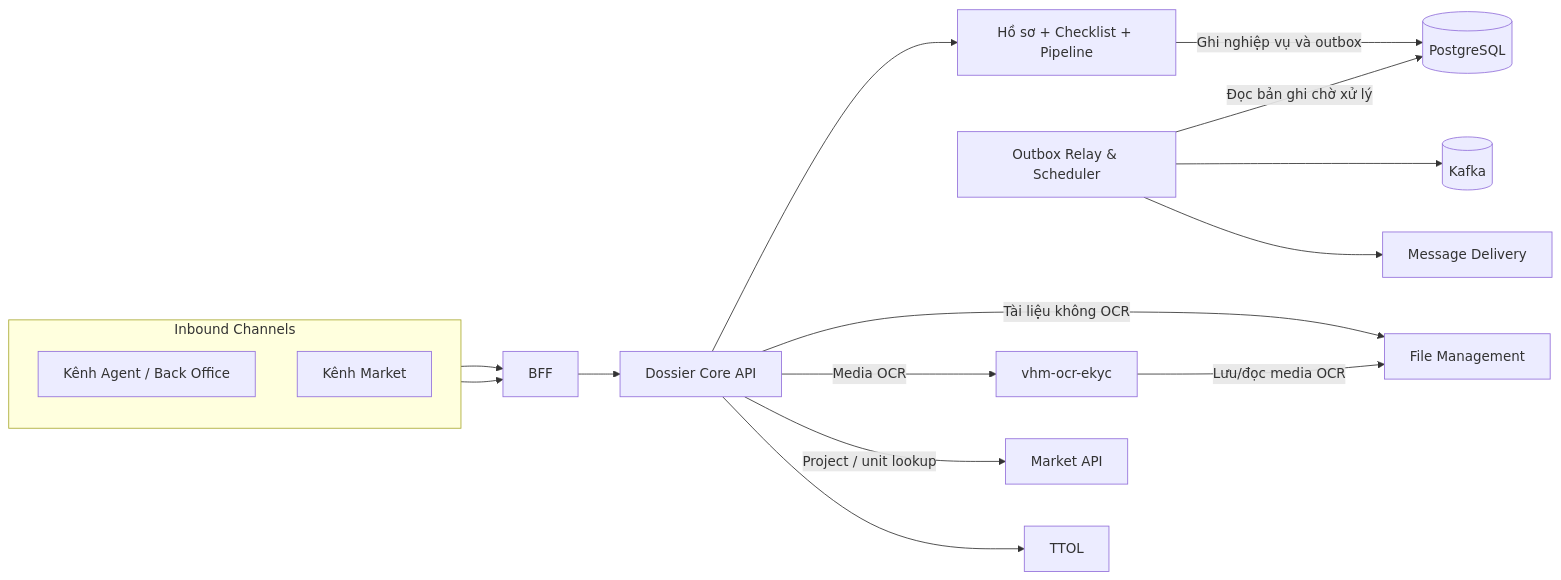
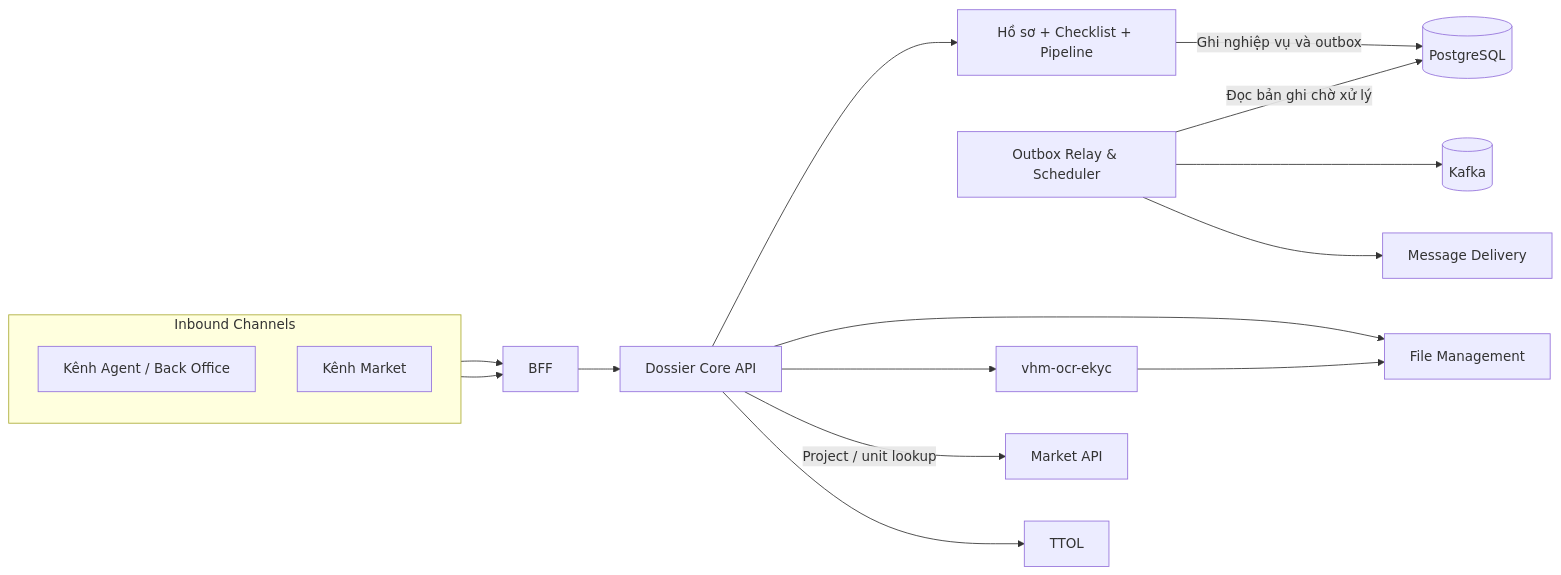
The second of 8 diagrams in tdd-dossier.md (huynv-xyz/vhm), drawn with Mermaid before and after one commit. The commit also changed other lines of this file, not shown here.

````diff
--- a/tdd-dossier.md
+++ b/tdd-dossier.md
@@ -205,21 +207,21 @@
 ```mermaid
 flowchart LR
     subgraph Channels[Inbound Channels]
         direction TB
         AgentChannel[Kênh Agent / Back Office]
         MarketChannel[Kênh Market]
     end
     AgentChannel --> BFF[BFF]
     MarketChannel --> BFF
     BFF --> API[Dossier Core API]
     API --> Domain[Hồ sơ + Checklist + Pipeline]
     Domain -->|Ghi nghiệp vụ và outbox| DB[(PostgreSQL)]
     Relay[Outbox Relay & Scheduler] -->|Đọc bản ghi chờ xử lý| DB
     Relay --> Kafka[(Kafka)]
     Relay --> Message[Message Delivery]
-    API -->|Tài liệu không OCR| File[File Management]
-    API -->|Media OCR| OCR[vhm-ocr-ekyc]
-    OCR -->|Lưu/đọc media OCR| File
+    API --> File[File Management]
+    API --> OCR[vhm-ocr-ekyc]
+    OCR --> File
     API -->|Project / unit lookup| MarketAPI[Market API]
     API --> Enterprise[TTOL]
 ```
````
